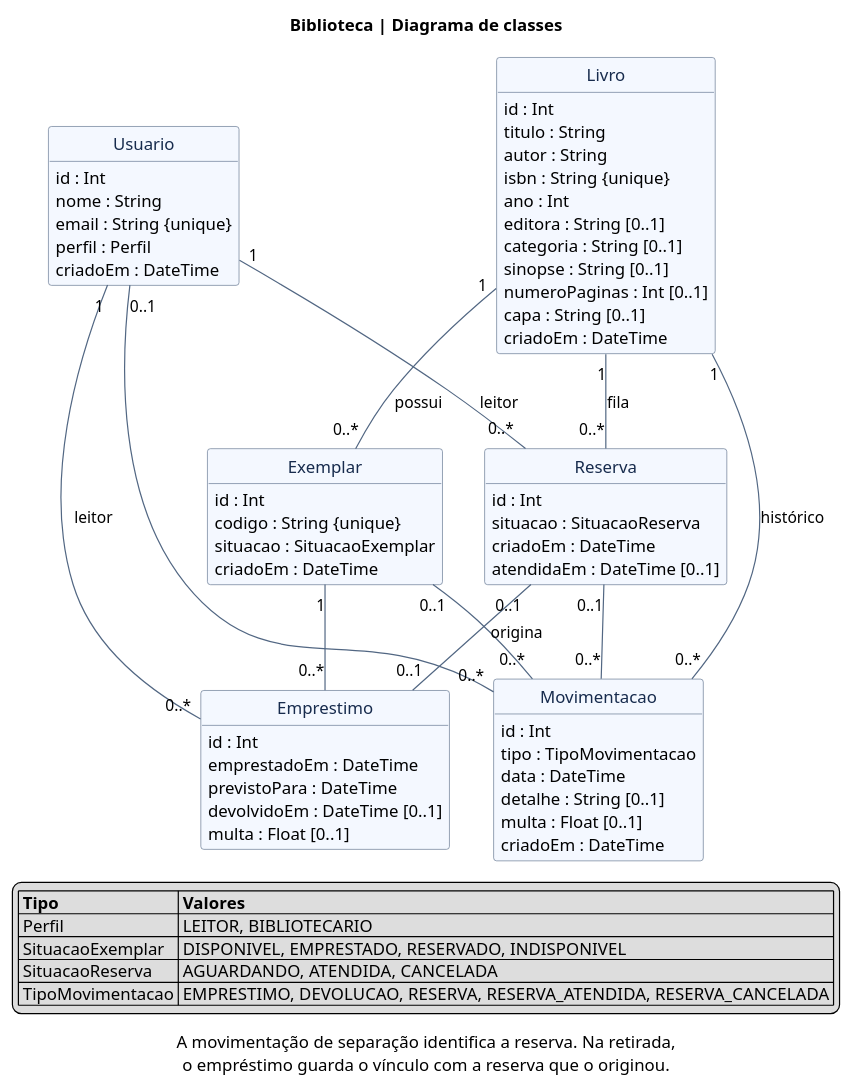
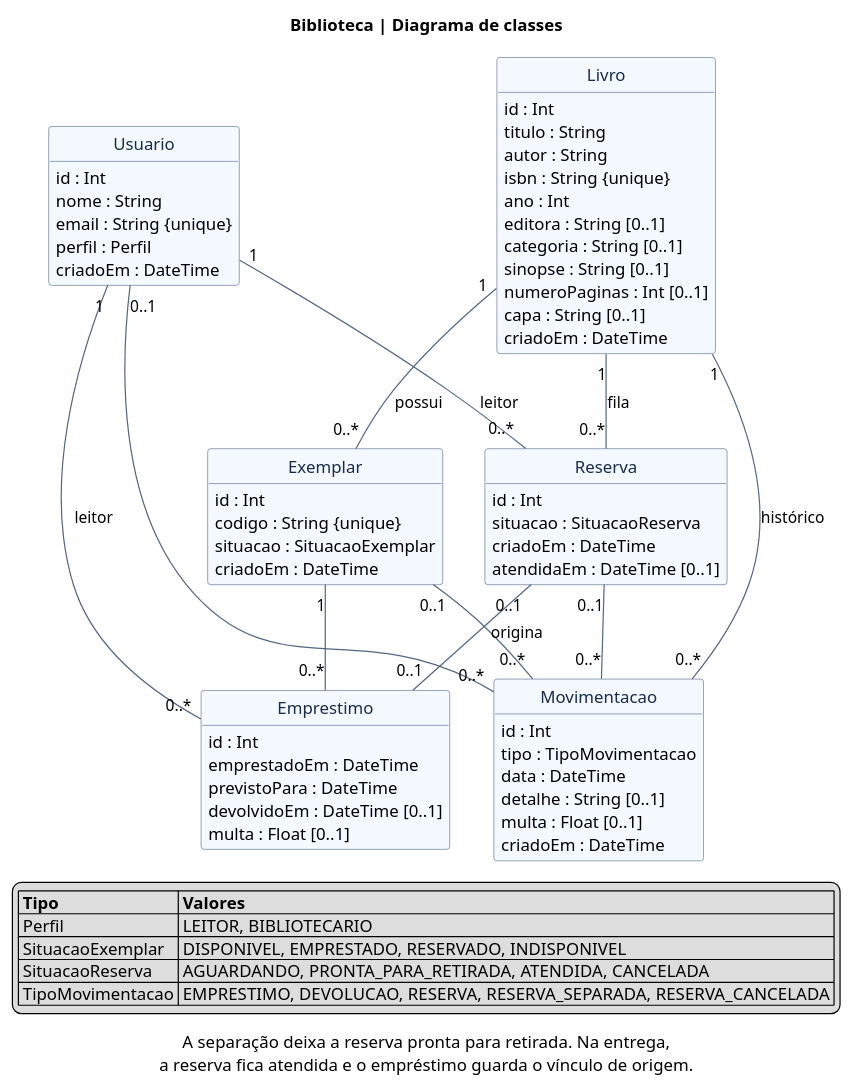
One commit to VINICIUSNUNES137/biblioteca changed the diagram in docs/diagramas/classes.puml. Above: the diagram before and after it, drawn with PlantUML. The commit also changed 14 other files, not shown here.

```diff
--- a/docs/diagramas/classes.puml
+++ b/docs/diagramas/classes.puml
@@ -1,87 +1,87 @@
 @startuml
 title Biblioteca | Diagrama de classes
 hide methods
 hide circle
 skinparam shadowing false
 skinparam defaultFontName Segoe UI
 skinparam ArrowColor #526783
 skinparam class {
   BackgroundColor #F4F8FF
   BorderColor #526783
   FontColor #172B4D
 }
 
 class Livro {
   id : Int
   titulo : String
   autor : String
   isbn : String {unique}
   ano : Int
   editora : String [0..1]
   categoria : String [0..1]
   sinopse : String [0..1]
   numeroPaginas : Int [0..1]
   capa : String [0..1]
   criadoEm : DateTime
 }
 
 class Exemplar {
   id : Int
   codigo : String {unique}
   situacao : SituacaoExemplar
   criadoEm : DateTime
 }
 
 class Usuario {
   id : Int
   nome : String
   email : String {unique}
   perfil : Perfil
   criadoEm : DateTime
 }
 
 class Emprestimo {
   id : Int
   emprestadoEm : DateTime
   previstoPara : DateTime
   devolvidoEm : DateTime [0..1]
   multa : Float [0..1]
 }
 
 class Reserva {
   id : Int
   situacao : SituacaoReserva
   criadoEm : DateTime
   atendidaEm : DateTime [0..1]
 }
 
 class Movimentacao {
   id : Int
   tipo : TipoMovimentacao
   data : DateTime
   detalhe : String [0..1]
   multa : Float [0..1]
   criadoEm : DateTime
 }
 
 Livro "1" -- "0..*" Exemplar : possui
 Exemplar "1" -- "0..*" Emprestimo
 Livro "1" -- "0..*" Reserva : fila
 Usuario "1" -- "0..*" Emprestimo : leitor
 Usuario "1" -- "0..*" Reserva : leitor
 Livro "1" -- "0..*" Movimentacao : histórico
 Exemplar "0..1" -- "0..*" Movimentacao
 Usuario "0..1" -- "0..*" Movimentacao
 Reserva "0..1" -- "0..1" Emprestimo : origina
 Reserva "0..1" -- "0..*" Movimentacao
 
-caption A movimentação de separação identifica a reserva. Na retirada,\no empréstimo guarda o vínculo com a reserva que o originou.
+caption A separação deixa a reserva pronta para retirada. Na entrega,\na reserva fica atendida e o empréstimo guarda o vínculo de origem.
 
 legend bottom
   |= Tipo |= Valores |
   | Perfil | LEITOR, BIBLIOTECARIO |
   | SituacaoExemplar | DISPONIVEL, EMPRESTADO, RESERVADO, INDISPONIVEL |
-  | SituacaoReserva | AGUARDANDO, ATENDIDA, CANCELADA |
-  | TipoMovimentacao | EMPRESTIMO, DEVOLUCAO, RESERVA, RESERVA_ATENDIDA, RESERVA_CANCELADA |
+  | SituacaoReserva | AGUARDANDO, PRONTA_PARA_RETIRADA, ATENDIDA, CANCELADA |
+  | TipoMovimentacao | EMPRESTIMO, DEVOLUCAO, RESERVA, RESERVA_SEPARADA, RESERVA_CANCELADA |
 endlegend
 @enduml
```
